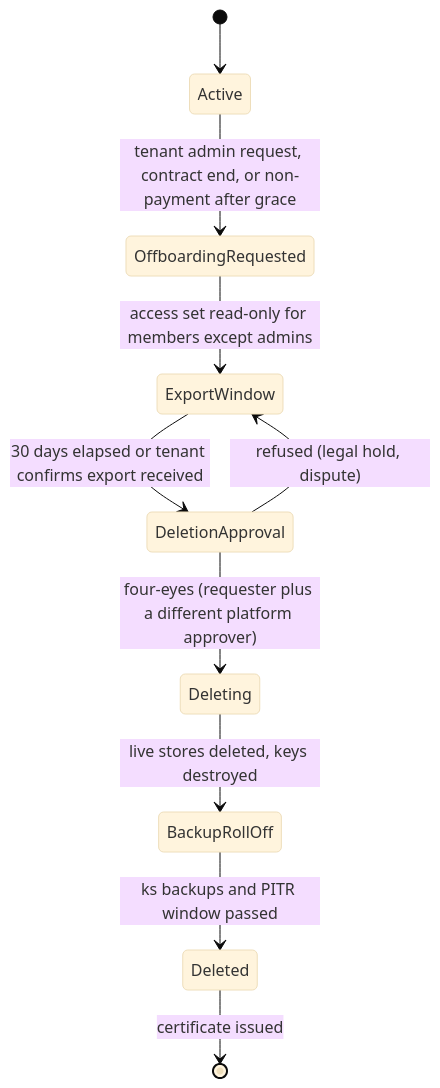
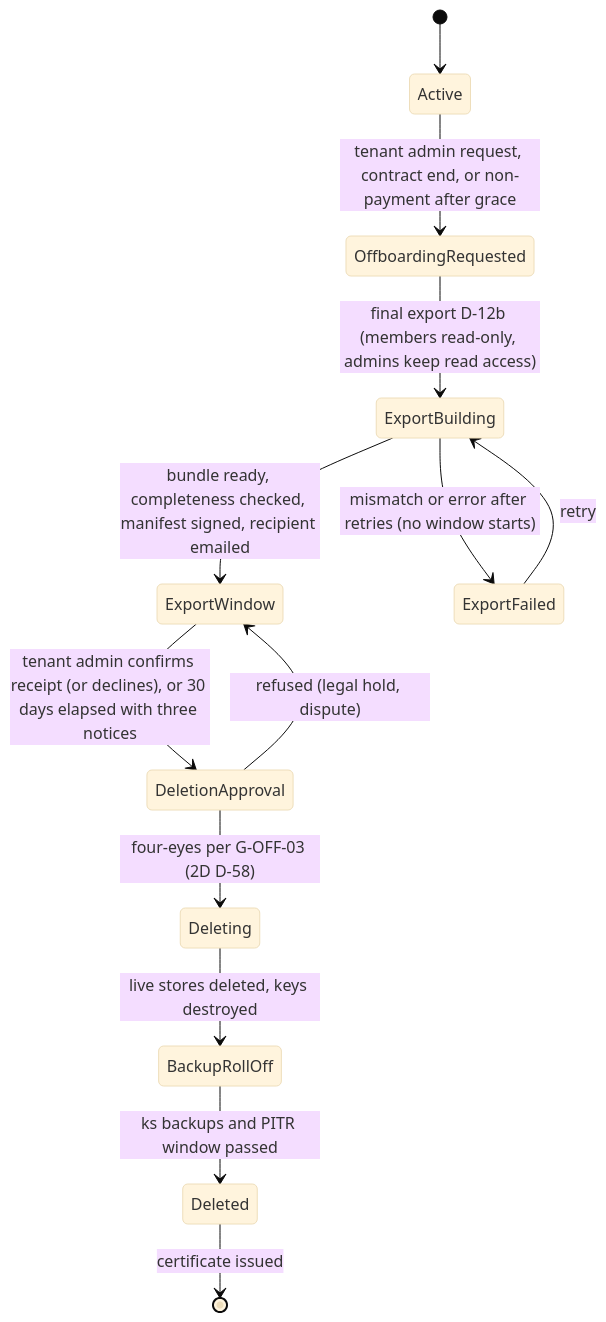
One commit to ShahidCS/Selvara changed the third of 3 diagrams in docs/architecture/backend-v2/phase2/2G-privacy.md. Above: the diagram before and after it, drawn with Mermaid (base theme). The commit also changed other lines of this file and 23 other files, not shown here.

````diff
--- a/docs/architecture/backend-v2/phase2/2G-privacy.md
+++ b/docs/architecture/backend-v2/phase2/2G-privacy.md
@@ -265,12 +273,15 @@
 ```mermaid
 stateDiagram-v2
   [*] --> Active
   Active --> OffboardingRequested: tenant admin request, contract end, or non-payment after grace
-  OffboardingRequested --> ExportWindow: access set read-only for members except admins
-  ExportWindow --> DeletionApproval: 30 days elapsed or tenant confirms export received
-  DeletionApproval --> Deleting: four-eyes (requester plus a different platform approver)
+  OffboardingRequested --> ExportBuilding: final export D-12b (members read-only, admins keep read access)
+  ExportBuilding --> ExportWindow: bundle ready, completeness checked, manifest signed, recipient emailed
+  ExportBuilding --> ExportFailed: mismatch or error after retries (no window starts)
+  ExportFailed --> ExportBuilding: retry
+  ExportWindow --> DeletionApproval: tenant admin confirms receipt (or declines), or 30 days elapsed with three notices
+  DeletionApproval --> Deleting: four-eyes per G-OFF-03 (2D D-58)
   DeletionApproval --> ExportWindow: refused (legal hold, dispute)
   Deleting --> BackupRollOff: live stores deleted, keys destroyed
   BackupRollOff --> Deleted: ks backups and PITR window passed
   Deleted --> [*]: certificate issued
 ```
````
